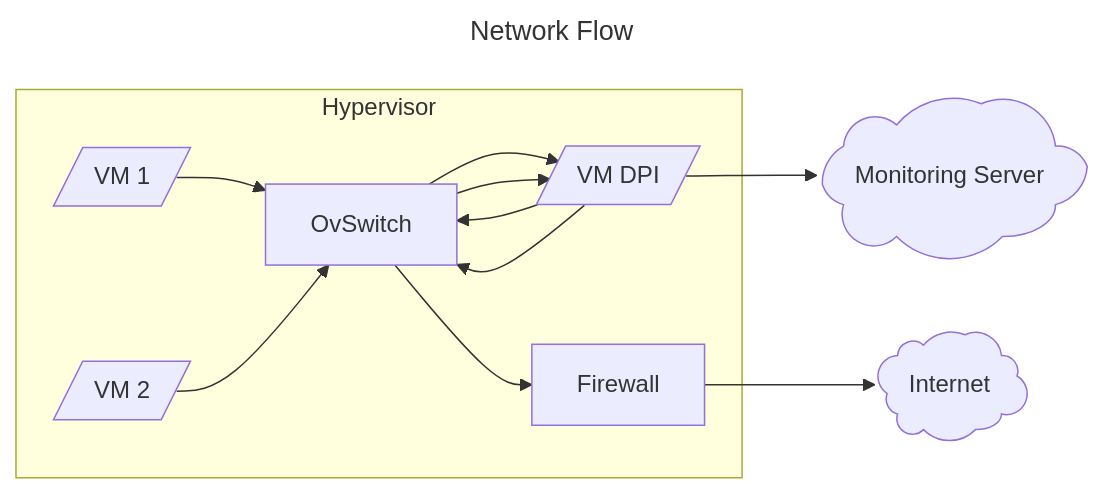
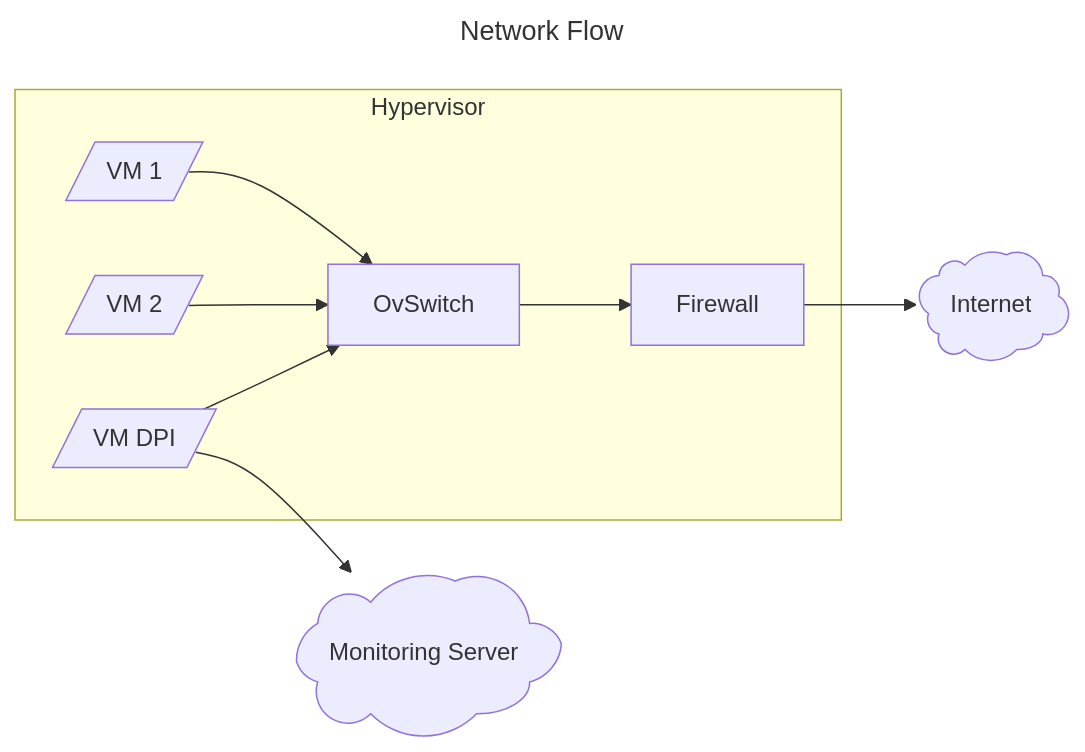
Before and after one commit to Zai4ikManiak/Cyber-Security-Study: the diagram in Monitoring/README.md, drawn with Mermaid.

Commit message:
modified:   README.md

````diff
--- a/Monitoring/README.md
+++ b/Monitoring/README.md
@@ -3,21 +3,21 @@
 ```mermaid
 ---
 title: Network Flow
 ---
 flowchart LR
     
     subgraph hyper["Hypervisor"]
         vm_1["VM 1"]@{ shape: lean-r }
         vm_2["VM 2"]@{ shape: lean-r }
         vm_dpi["VM DPI"]@{ shape: lean-r }
         
         vm_1 --> ovs["OvSwitch"]
         vm_2 --> ovs
-        vm_dpi --> ovs & ovs --> vm_dpi
+        vm_dpi --> ovs
 
         ovs --> fire["Firewall"]
     end
 
     fire --> net["Internet"]@{ shape: cloud }
     vm_dpi --> monitor["Monitoring Server"]@{ shape: cloud }
 ```
````
